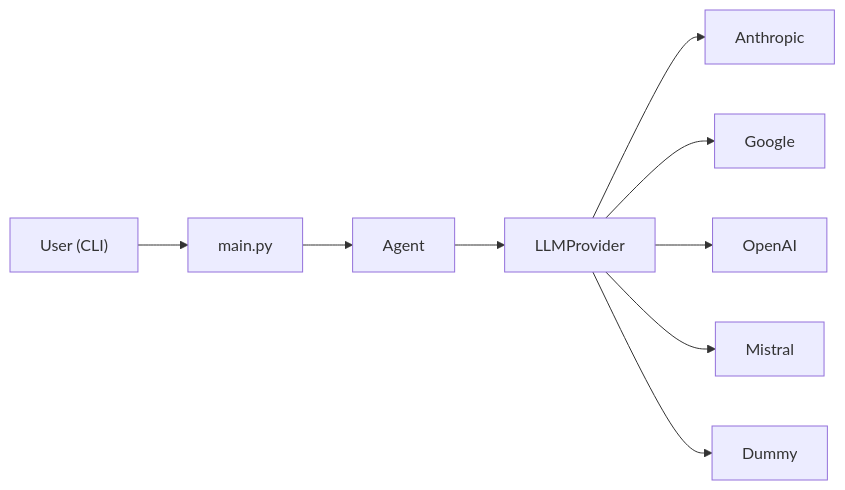
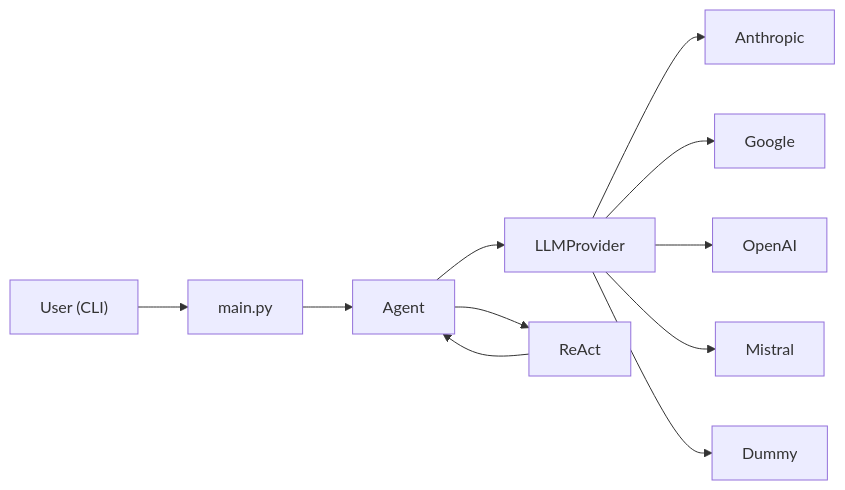
The diagram in README.md (cl3m3nt/sunraise), drawn with Mermaid before and after one commit. The commit also changed other lines of this file, not shown here.

First line of the commit message:
updating README with ReAct (#47)

````diff
--- a/README.md
+++ b/README.md
@@ -131,11 +145,13 @@
 ```mermaid
 flowchart LR
     User["User (CLI)"] --> Main["main.py"]
     Main --> Agent["Agent"]
     Agent --> LLM["LLMProvider"]
+    Agent --> ReAct
+    ReAct --> Agent
     LLM --> Anthropic
     LLM --> Google
     LLM --> OpenAI
     LLM --> Mistral
     LLM --> Dummy
 ```
````
